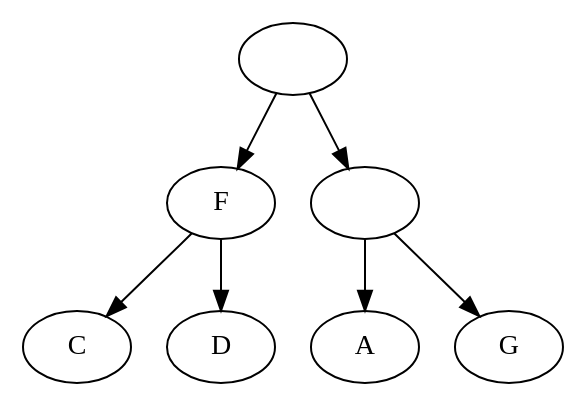
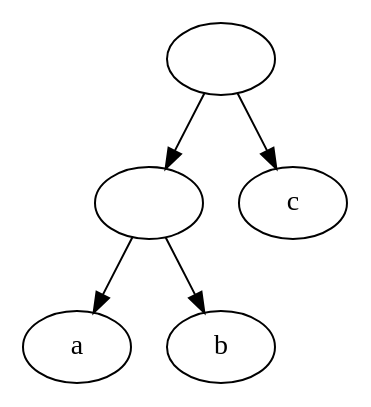
One commit to iharnoor/PhylogeneticsWebsite changed the diagram in ParsingTxt/ParentheticalToDot/converted.dot. Above: the diagram before and after it, drawn with Graphviz. The commit also changed 17 other files, not shown here.

```diff
--- a/ParsingTxt/ParentheticalToDot/converted.dot
+++ b/ParsingTxt/ParentheticalToDot/converted.dot
@@ -1,15 +1,11 @@
 digraph G {
-id7[label=""];
-id3[label="F"];
-id1[label="C"];
+id5[label=""];
+id3[label=""];
+id1[label="a"];
 id3 ->  id1
-id2[label="D"];
+id2[label="b"];
 id3 ->  id2
-id7 ->  id3
-id6[label=""];
-id4[label="A"];
-id6 ->  id4
-id5[label="G"];
-id6 ->  id5
-id7 ->  id6
+id5 ->  id3
+id4[label="c"];
+id5 ->  id4
 }
```
